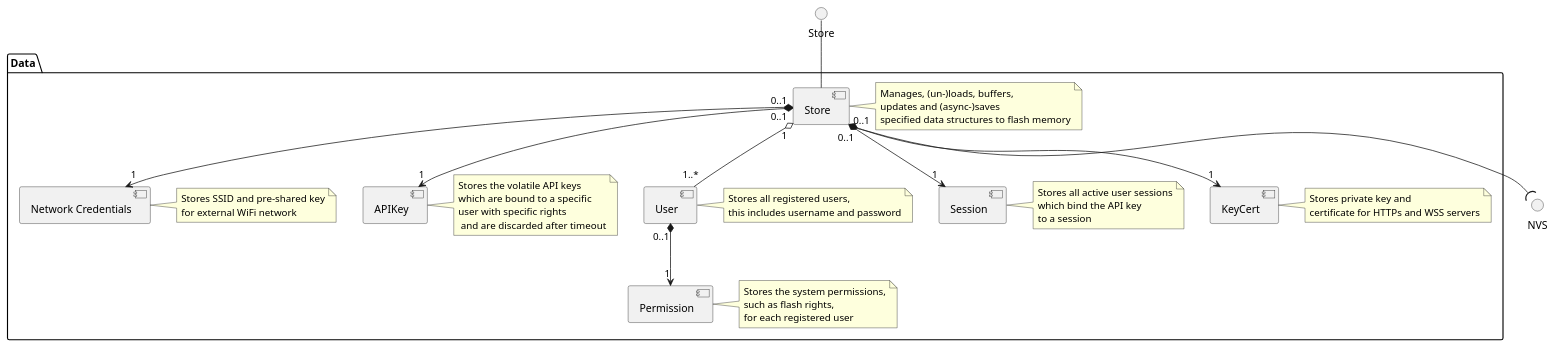
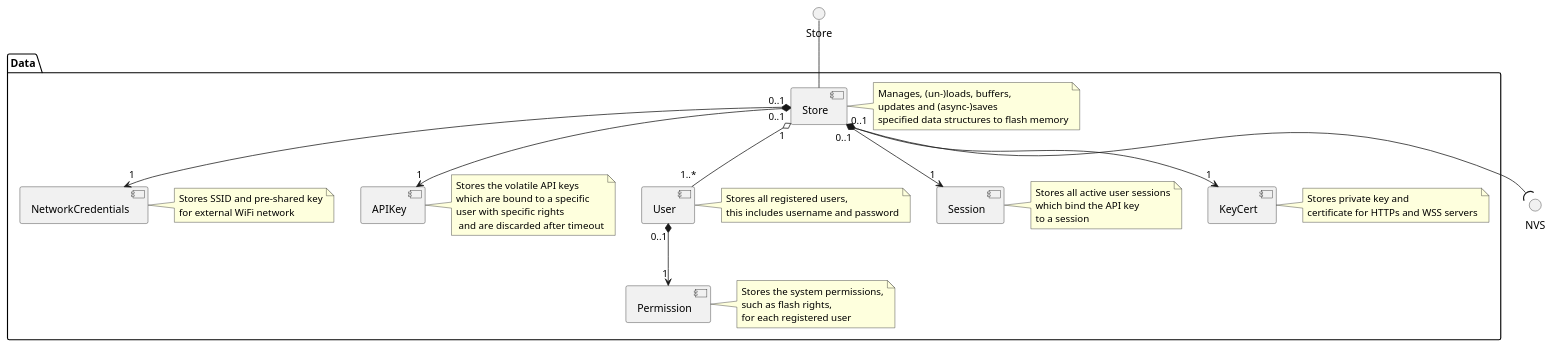
One commit to NewTec-GmbH/ZumoComSystem changed the diagram in doc/architecture/server/02_Data.plantuml. Above: the diagram before and after it, drawn with PlantUML. The commit also changed 7 other files, not shown here.

Commit message:
Update architecture diagrams

```diff
--- a/doc/architecture/server/02_Data.plantuml
+++ b/doc/architecture/server/02_Data.plantuml
@@ -1,34 +1,34 @@
 @startuml
 interface "Store" as Store
 
 interface "NVS" as nvshalinterface
 
 package Data {
     component "Store" as store
     component "Permission" as persmissions
     component "User" as users
-    component "Network Credentials" as netcredentials
+    component "NetworkCredentials" as netcredentials
     component "Session" as sessions
     component "APIKey" as apikey
     component "KeyCert" as keycert
 
     note right of store : Manages, (un-)loads, buffers,\nupdates and (async-)saves\nspecified data structures to flash memory
     note right of netcredentials : Stores SSID and pre-shared key\nfor external WiFi network
     note right of apikey : Stores the volatile API keys\nwhich are bound to a specific\nuser with specific rights\n and are discarded after timeout
     note right of users : Stores all registered users,\nthis includes username and password
     note right of persmissions : Stores the system permissions,\nsuch as flash rights,\nfor each registered user
     note right of sessions : Stores all active user sessions\nwhich bind the API key\nto a session
     note right of keycert : Stores private key and\ncertificate for HTTPs and WSS servers
 
     store -up- Store
 
     store "0..1" *--> "1" keycert
     store "0..1" *--> "1" sessions
     store "0..1" *--> "1" netcredentials
     store "0..1" *--> "1" apikey
     store "1" o-- "1..*" users
     users "0..1" *--> "1" persmissions
 
     store -down-(nvshalinterface
 }
 @enduml
```
